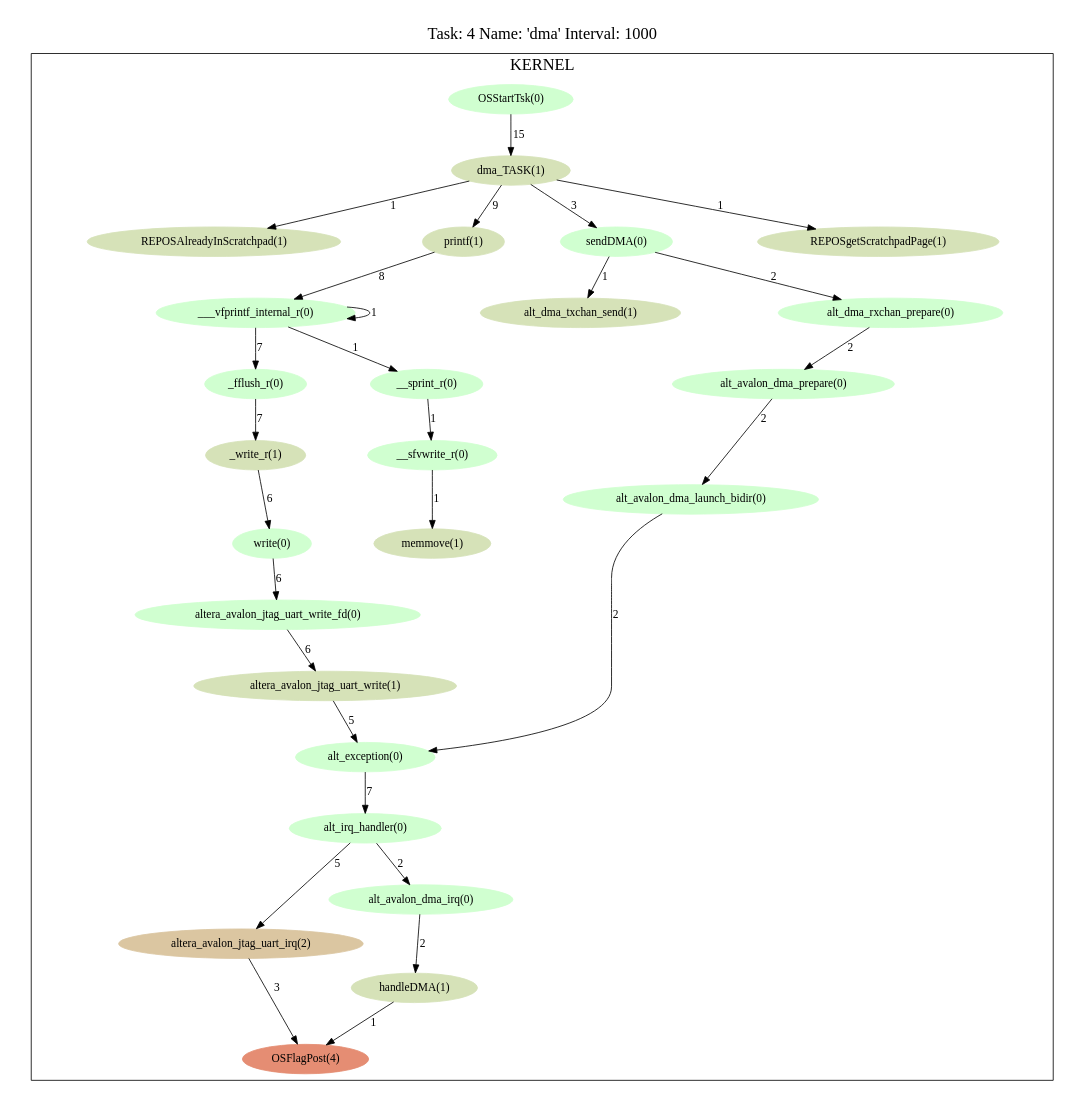
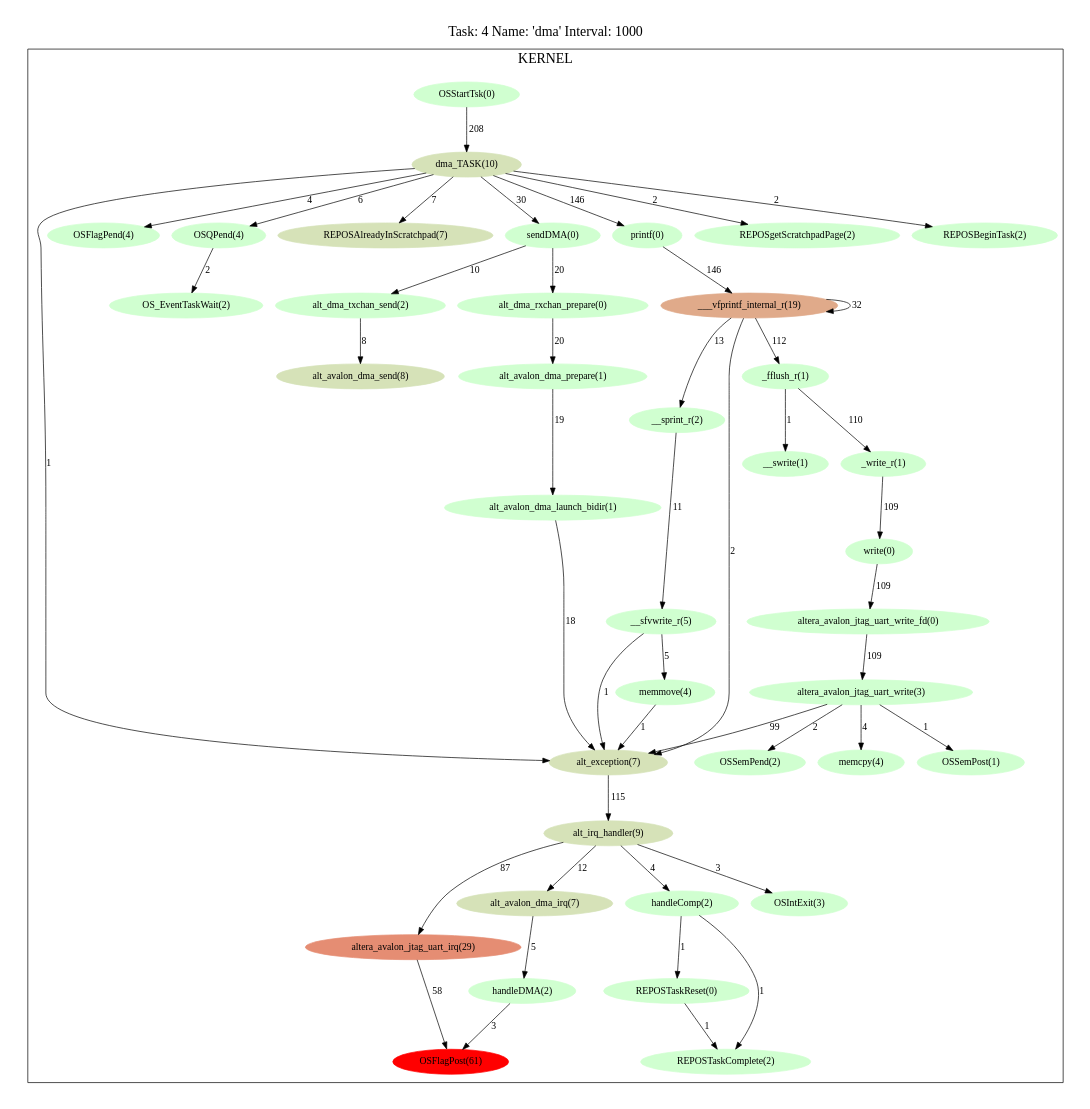
Before and after one commit to jcaplan/fingerprinting: the diagram in ovp_platform/platform_2_tlb/4.dma.cpum.dot, drawn with Graphviz. The commit also changed 43 other files, not shown here.

```diff
--- a/ovp_platform/platform_2_tlb/4.dma.cpum.dot
+++ b/ovp_platform/platform_2_tlb/4.dma.cpum.dot
@@ -1,88 +1,132 @@
 digraph prof {
   size="6,6";
   ratio = fill;
   fontsize = "20";
   node [style=filled];
   labelloc = "t";
   label = "Task: 4 Name: 'dma' Interval: 1000";
   subgraph cluster_kernel {
     label = "KERNEL";
-    "F10" [label = "alt_exception(0)"];
-    "F10" -> "F11" [label = 7];
-    "F11" [label = "alt_irq_handler(0)"];
-    "F11" -> "F12" [label = 5];
-    "F11" -> "F18" [label = 2];
-    "F21" [label = "__sfvwrite_r(0)"];
-    "F21" -> "F22" [label = 1];
-    "F22" [label = "memmove(1)"];
-    "F5" [label = "_fflush_r(0)"];
-    "F5" -> "F6" [label = 7];
-    "F6" [label = "_write_r(1)"];
-    "F6" -> "F7" [label = 6];
-    "F7" [label = "write(0)"];
-    "F7" -> "F8" [label = 6];
-    "F13" [label = "OSFlagPost(4)"];
-    "F17" [label = "alt_avalon_dma_launch_bidir(0)"];
-    "F17" -> "F10" [label = 2];
-    "F16" [label = "alt_avalon_dma_prepare(0)"];
-    "F16" -> "F17" [label = 2];
-    "F18" [label = "alt_avalon_dma_irq(0)"];
-    "F18" -> "F19" [label = 2];
-    "F8" [label = "altera_avalon_jtag_uart_write_fd(0)"];
-    "F8" -> "F9" [label = 6];
-    "F12" [label = "altera_avalon_jtag_uart_irq(2)"];
-    "F12" -> "F13" [label = 3];
-    "F9" [label = "altera_avalon_jtag_uart_write(1)"];
-    "F9" -> "F10" [label = 5];
-    "F24" [label = "alt_dma_txchan_send(1)"];
-    "F15" [label = "alt_dma_rxchan_prepare(0)"];
-    "F15" -> "F16" [label = 2];
-    "F1" [label = "dma_TASK(1)"];
-    "F1" -> "F2" [label = 1];
-    "F1" -> "F3" [label = 9];
-    "F1" -> "F14" [label = 3];
-    "F1" -> "F23" [label = 1];
-    "F19" [label = "handleDMA(1)"];
-    "F19" -> "F13" [label = 1];
-    "F14" [label = "sendDMA(0)"];
-    "F14" -> "F15" [label = 2];
-    "F14" -> "F24" [label = 1];
-    "F23" [label = "REPOSgetScratchpadPage(1)"];
-    "F2" [label = "REPOSAlreadyInScratchpad(1)"];
+    "F16" [label = "alt_exception(7)"];
+    "F16" -> "F17" [label = 115];
+    "F17" [label = "alt_irq_handler(9)"];
+    "F17" -> "F18" [label = 87];
+    "F17" -> "F20" [label = 12];
+    "F17" -> "F27" [label = 4];
+    "F17" -> "F31" [label = 3];
+    "F27" [label = "handleComp(2)"];
+    "F27" -> "F28" [label = 1];
+    "F27" -> "F29" [label = 1];
+    "F23" [label = "__sfvwrite_r(5)"];
+    "F23" -> "F24" [label = 5];
+    "F23" -> "F16" [label = 1];
+    "F32" [label = "memcpy(4)"];
+    "F24" [label = "memmove(4)"];
+    "F24" -> "F16" [label = 1];
+    "F10" [label = "_fflush_r(1)"];
+    "F10" -> "F11" [label = 1];
+    "F10" -> "F12" [label = 110];
+    "F11" [label = "__swrite(1)"];
+    "F12" [label = "_write_r(1)"];
+    "F12" -> "F13" [label = 109];
+    "F13" [label = "write(0)"];
+    "F13" -> "F14" [label = 109];
+    "F31" [label = "OSIntExit(3)"];
+    "F37" [label = "OS_EventTaskWait(2)"];
+    "F7" [label = "OSFlagPend(4)"];
+    "F19" [label = "OSFlagPost(61)"];
+    "F36" [label = "OSQPend(4)"];
+    "F36" -> "F37" [label = 2];
+    "F33" [label = "OSSemPend(2)"];
+    "F35" [label = "OSSemPost(1)"];
+    "F6" [label = "alt_avalon_dma_launch_bidir(1)"];
+    "F6" -> "F16" [label = 18];
+    "F5" [label = "alt_avalon_dma_prepare(1)"];
+    "F5" -> "F6" [label = 19];
+    "F30" [label = "alt_avalon_dma_send(8)"];
+    "F20" [label = "alt_avalon_dma_irq(7)"];
+    "F20" -> "F21" [label = 5];
+    "F14" [label = "altera_avalon_jtag_uart_write_fd(0)"];
+    "F14" -> "F15" [label = 109];
+    "F18" [label = "altera_avalon_jtag_uart_irq(29)"];
+    "F18" -> "F19" [label = 58];
+    "F15" [label = "altera_avalon_jtag_uart_write(3)"];
+    "F15" -> "F16" [label = 99];
+    "F15" -> "F32" [label = 4];
+    "F15" -> "F33" [label = 2];
+    "F15" -> "F35" [label = 1];
+    "F26" [label = "alt_dma_txchan_send(2)"];
+    "F26" -> "F30" [label = 8];
+    "F4" [label = "alt_dma_rxchan_prepare(0)"];
+    "F4" -> "F5" [label = 20];
+    "F1" [label = "dma_TASK(10)"];
+    "F1" -> "F2" [label = 7];
+    "F1" -> "F3" [label = 30];
+    "F1" -> "F7" [label = 4];
+    "F1" -> "F8" [label = 146];
+    "F1" -> "F25" [label = 2];
+    "F1" -> "F16" [label = 1];
+    "F1" -> "F34" [label = 2];
+    "F1" -> "F36" [label = 6];
+    "F21" [label = "handleDMA(2)"];
+    "F21" -> "F19" [label = 3];
+    "F3" [label = "sendDMA(0)"];
+    "F3" -> "F4" [label = 20];
+    "F3" -> "F26" [label = 10];
+    "F25" [label = "REPOSgetScratchpadPage(2)"];
+    "F2" [label = "REPOSAlreadyInScratchpad(7)"];
+    "F29" [label = "REPOSTaskComplete(2)"];
+    "F34" [label = "REPOSBeginTask(2)"];
+    "F28" [label = "REPOSTaskReset(0)"];
+    "F28" -> "F29" [label = 1];
     "F0" [label = "OSStartTsk(0)"];
-    "F0" -> "F1" [label = 15];
-    "F3" [label = "printf(1)"];
-    "F3" -> "F4" [label = 8];
-    "F20" [label = "__sprint_r(0)"];
-    "F20" -> "F21" [label = 1];
-    "F4" [label = "___vfprintf_internal_r(0)"];
-    "F4" -> "F5" [label = 7];
-    "F4" -> "F4" [label = 1];
-    "F4" -> "F20" [label = 1];
+    "F0" -> "F1" [label = 208];
+    "F8" [label = "printf(0)"];
+    "F8" -> "F9" [label = 146];
+    "F22" [label = "__sprint_r(2)"];
+    "F22" -> "F23" [label = 11];
+    "F9" [label = "___vfprintf_internal_r(19)"];
+    "F9" -> "F10" [label = 112];
+    "F9" -> "F9" [label = 32];
+    "F9" -> "F22" [label = 13];
+    "F9" -> "F16" [label = 2];
+    "F16" [color="#d6e2b8"];
+    "F17" [color="#d6e2b8"];
+    "F27" [color="#d0ffd0"];
+    "F23" [color="#d0ffd0"];
+    "F32" [color="#d0ffd0"];
+    "F24" [color="#d0ffd0"];
     "F10" [color="#d0ffd0"];
     "F11" [color="#d0ffd0"];
+    "F12" [color="#d0ffd0"];
+    "F13" [color="#d0ffd0"];
+    "F31" [color="#d0ffd0"];
+    "F37" [color="#d0ffd0"];
+    "F7" [color="#d0ffd0"];
+    "F19" [color="#ff0000"];
+    "F36" [color="#d0ffd0"];
+    "F33" [color="#d0ffd0"];
+    "F35" [color="#d0ffd0"];
+    "F6" [color="#d0ffd0"];
+    "F5" [color="#d0ffd0"];
+    "F30" [color="#d6e2b8"];
+    "F20" [color="#d6e2b8"];
+    "F14" [color="#d0ffd0"];
+    "F18" [color="#e58d73"];
+    "F15" [color="#d0ffd0"];
+    "F26" [color="#d0ffd0"];
+    "F4" [color="#d0ffd0"];
+    "F1" [color="#d6e2b8"];
     "F21" [color="#d0ffd0"];
-    "F22" [color="#d6e2b8"];
-    "F5" [color="#d0ffd0"];
-    "F6" [color="#d6e2b8"];
-    "F7" [color="#d0ffd0"];
-    "F13" [color="#e58d73"];
-    "F17" [color="#d0ffd0"];
-    "F16" [color="#d0ffd0"];
-    "F18" [color="#d0ffd0"];
+    "F3" [color="#d0ffd0"];
+    "F25" [color="#d0ffd0"];
+    "F2" [color="#d6e2b8"];
+    "F29" [color="#d0ffd0"];
+    "F34" [color="#d0ffd0"];
+    "F28" [color="#d0ffd0"];
+    "F0" [color="#d0ffd0"];
     "F8" [color="#d0ffd0"];
-    "F12" [color="#dbc6a1"];
-    "F9" [color="#d6e2b8"];
-    "F24" [color="#d6e2b8"];
-    "F15" [color="#d0ffd0"];
-    "F1" [color="#d6e2b8"];
-    "F19" [color="#d6e2b8"];
-    "F14" [color="#d0ffd0"];
-    "F23" [color="#d6e2b8"];
-    "F2" [color="#d6e2b8"];
-    "F0" [color="#d0ffd0"];
-    "F3" [color="#d6e2b8"];
-    "F20" [color="#d0ffd0"];
-    "F4" [color="#d0ffd0"];
+    "F22" [color="#d0ffd0"];
+    "F9" [color="#e0aa8a"];
   }
 }
```
